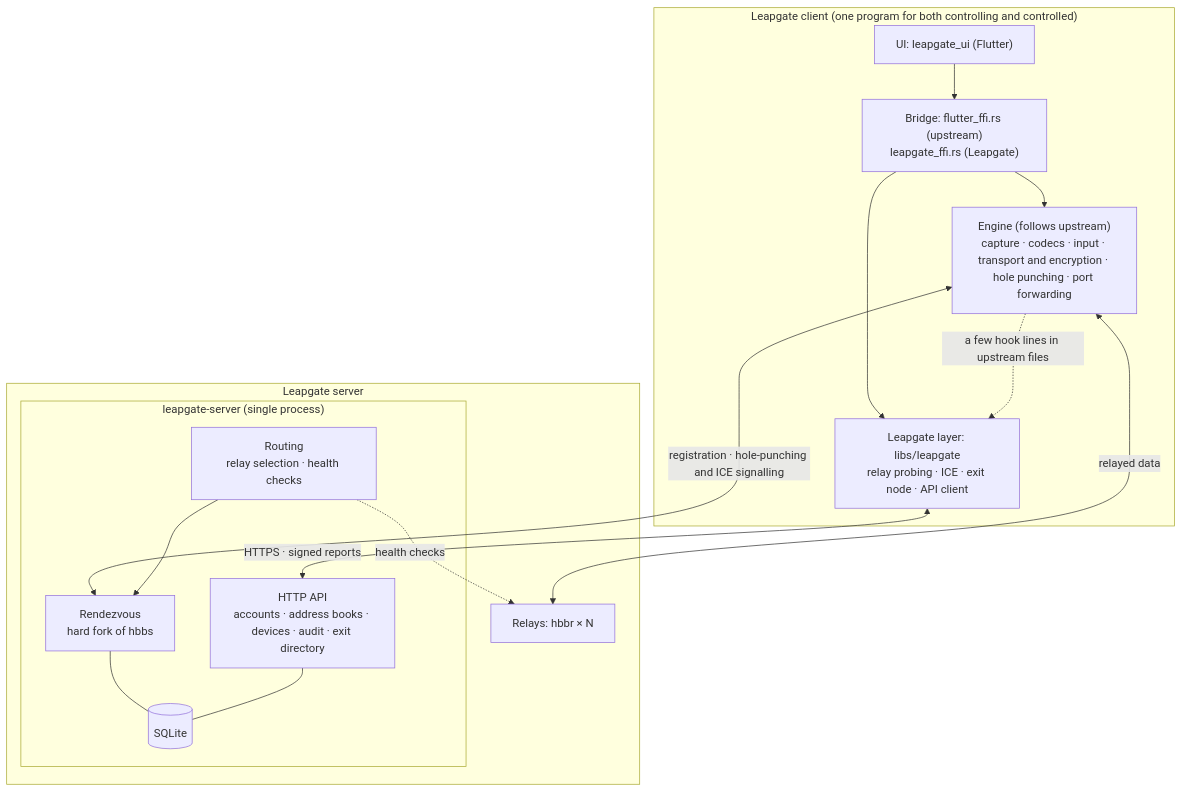
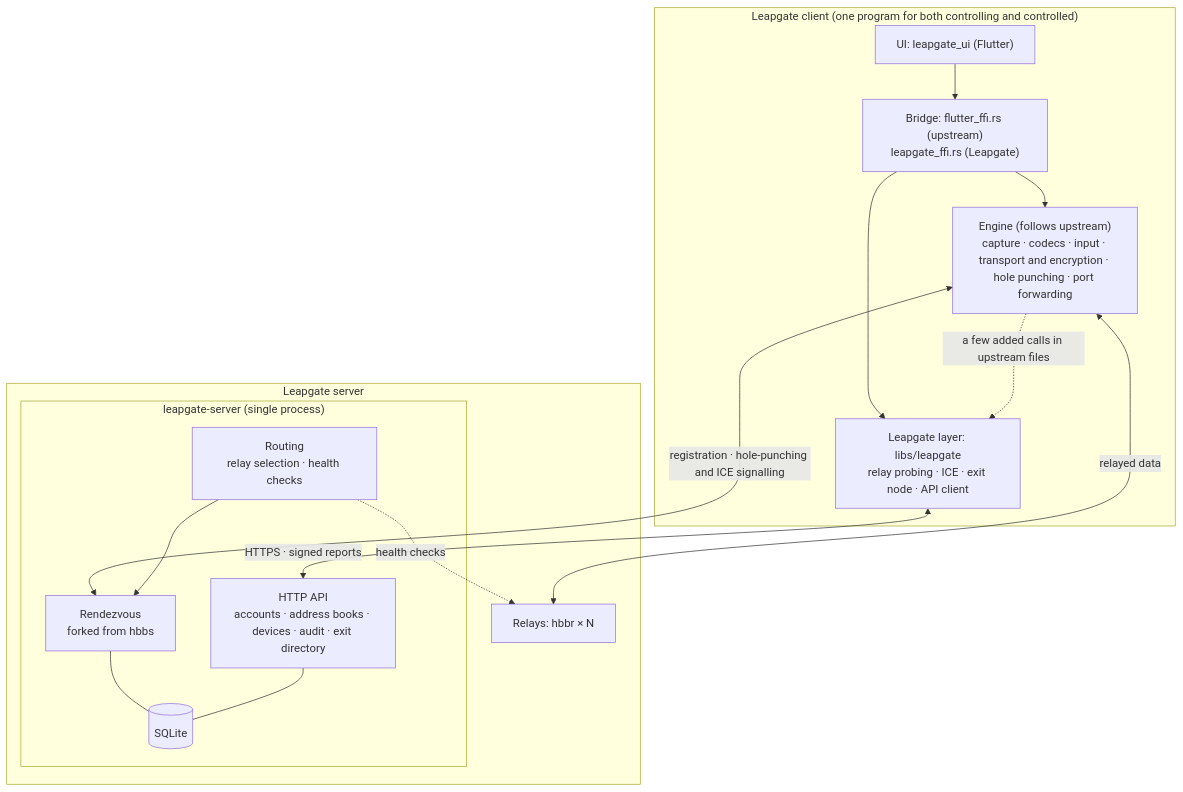
Before and after one commit to Ogannesson/leapgate: the diagram in README.en.md, drawn with Mermaid. The commit also changed other lines of this file and 1 other file, not shown here.

Commit message:
README: rewrite for outside readers (no milestone codes, phases or process terms; jargon explained on first use; roadmap by area with Done / In progress / Planned; one overall status line in the warning)

````diff
--- a/README.en.md
+++ b/README.en.md
@@ -231,29 +215,29 @@
 ```mermaid
 flowchart TB
   subgraph C["Leapgate client (one program for both controlling and controlled)"]
     UI["UI: leapgate_ui (Flutter)"]
     FFI["Bridge: flutter_ffi.rs (upstream)<br/>leapgate_ffi.rs (Leapgate)"]
     EXT["Leapgate layer: libs/leapgate<br/>relay probing · ICE · exit node · API client"]
     ENG["Engine (follows upstream)<br/>capture · codecs · input · transport and encryption · hole punching · port forwarding"]
     UI --> FFI
     FFI --> ENG
     FFI --> EXT
-    ENG -.->|"a few hook lines in upstream files"| EXT
+    ENG -.->|"a few added calls in upstream files"| EXT
   end
   subgraph S["Leapgate server"]
     subgraph CP["leapgate-server (single process)"]
-      RV["Rendezvous<br/>hard fork of hbbs"]
+      RV["Rendezvous<br/>forked from hbbs"]
       API["HTTP API<br/>accounts · address books · devices · audit · exit directory"]
       RT["Routing<br/>relay selection · health checks"]
       DB[("SQLite")]
     end
     RELAY["Relays: hbbr × N"]
   end
   ENG <-->|"registration · hole-punching and ICE signalling"| RV
   EXT <-->|"HTTPS · signed reports"| API
   ENG <-->|"relayed data"| RELAY
   RT --> RV
   RT -.->|"health checks"| RELAY
   RV --- DB
   API --- DB
 ```
````
